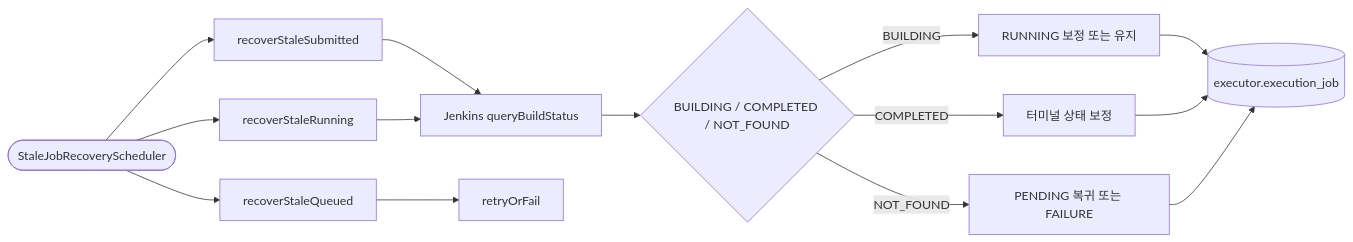
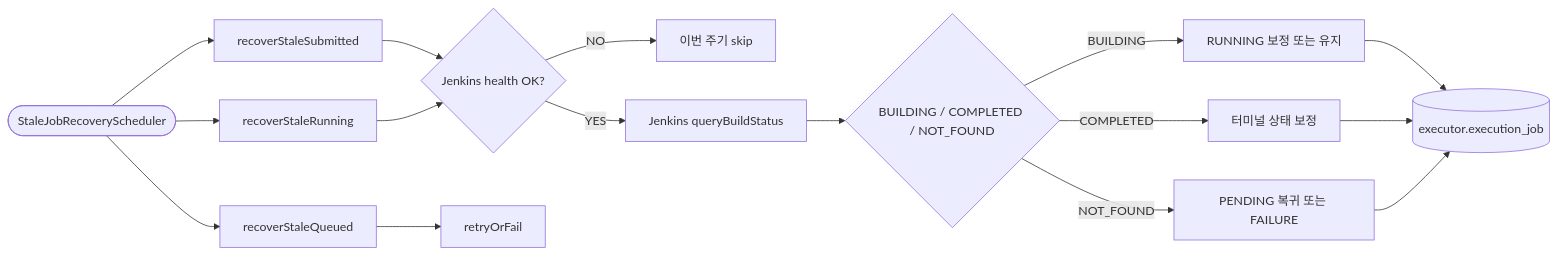
The diagram in executor/docs/use-cases/06-stale-job-recovery.md (scofe97/Redpanda-PlayGround), drawn with Mermaid before and after one commit. The commit also changed other lines of this file and 38 other files, not shown here.

````diff
--- a/executor/docs/use-cases/06-stale-job-recovery.md
+++ b/executor/docs/use-cases/06-stale-job-recovery.md
@@ -13,16 +13,18 @@
 ```mermaid
 flowchart LR
     A([StaleJobRecoveryScheduler]) --> B[recoverStaleSubmitted]
     A --> C[recoverStaleRunning]
     A --> D[recoverStaleQueued]
-    B --> E[Jenkins queryBuildStatus]
+    B --> E{Jenkins health OK?}
     C --> E
-    D --> F[retryOrFail]
-    E --> G{BUILDING / COMPLETED / NOT_FOUND}
-    G -->|BUILDING| H[RUNNING 보정 또는 유지]
-    G -->|COMPLETED| I[터미널 상태 보정]
-    G -->|NOT_FOUND| J[PENDING 복귀 또는 FAILURE]
-    H --> K[(executor.execution_job)]
-    I --> K
-    J --> K
+    E -->|NO| F[이번 주기 skip]
+    E -->|YES| G[Jenkins queryBuildStatus]
+    D --> H[retryOrFail]
+    G --> I{BUILDING / COMPLETED / NOT_FOUND}
+    I -->|BUILDING| J[RUNNING 보정 또는 유지]
+    I -->|COMPLETED| K[터미널 상태 보정]
+    I -->|NOT_FOUND| L[PENDING 복귀 또는 FAILURE]
+    J --> M[(executor.execution_job)]
+    K --> M
+    L --> M
 ```
````
